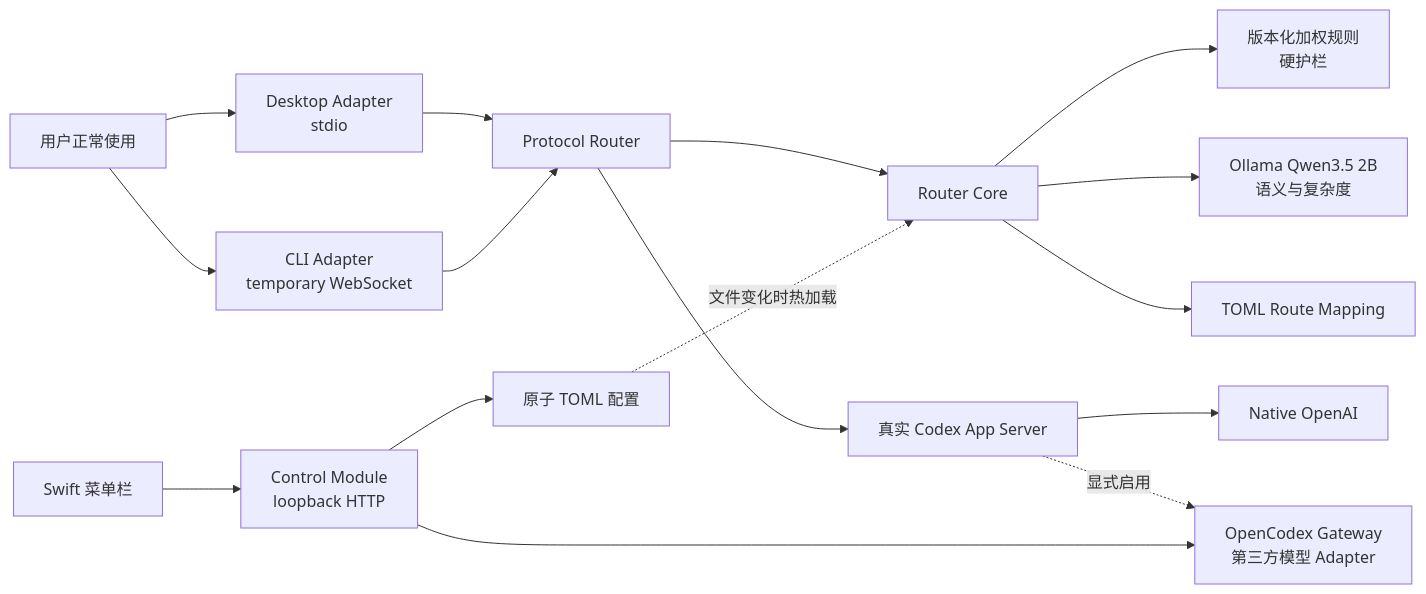
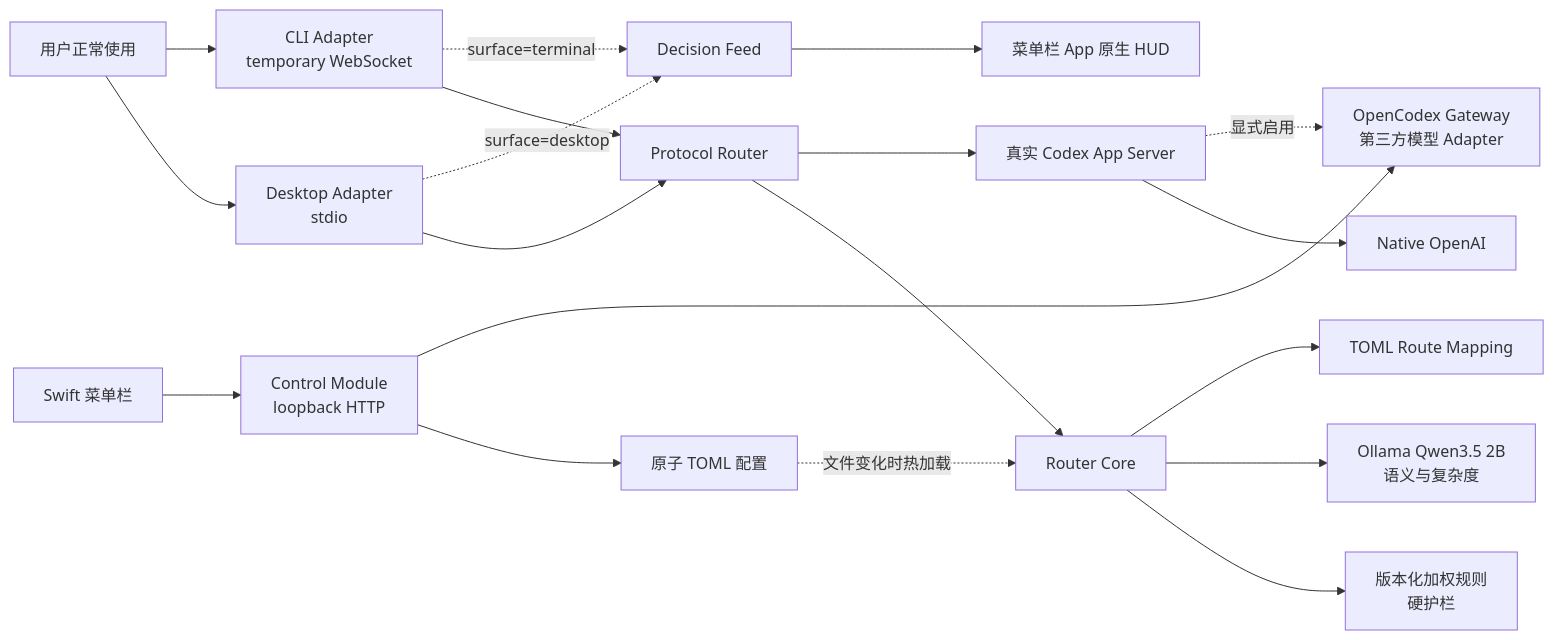
The diagram in docs/ARCHITECTURE.md (DeyunMa/agent-dock), drawn with Mermaid before and after one commit. The commit also changed other lines of this file and 40 other files, not shown here.

````diff
--- a/docs/ARCHITECTURE.md
+++ b/docs/ARCHITECTURE.md
@@ -11,18 +11,21 @@
 ```mermaid
 flowchart LR
   U["用户正常使用"] --> D["Desktop Adapter<br/>stdio"]
   U --> C["CLI Adapter<br/>temporary WebSocket"]
   D --> P["Protocol Router"]
   C --> P
   P --> E["Router Core"]
   E --> R["版本化加权规则<br/>硬护栏"]
   E --> Q["Ollama Qwen3.5 2B<br/>语义与复杂度"]
   E --> M["TOML Route Mapping"]
+  D -. "surface=desktop" .-> V["Decision Feed"]
+  C -. "surface=terminal" .-> V
+  V --> HUD["菜单栏 App 原生 HUD"]
   P --> A["真实 Codex App Server"]
   A --> N["Native OpenAI"]
   A -. "显式启用" .-> G["OpenCodex Gateway<br/>第三方模型 Adapter"]
   UI["Swift 菜单栏"] --> CTL["Control Module<br/>loopback HTTP"]
   CTL --> T["原子 TOML 配置"]
   CTL --> G
   T -. "文件变化时热加载" .-> E
 ```
````
